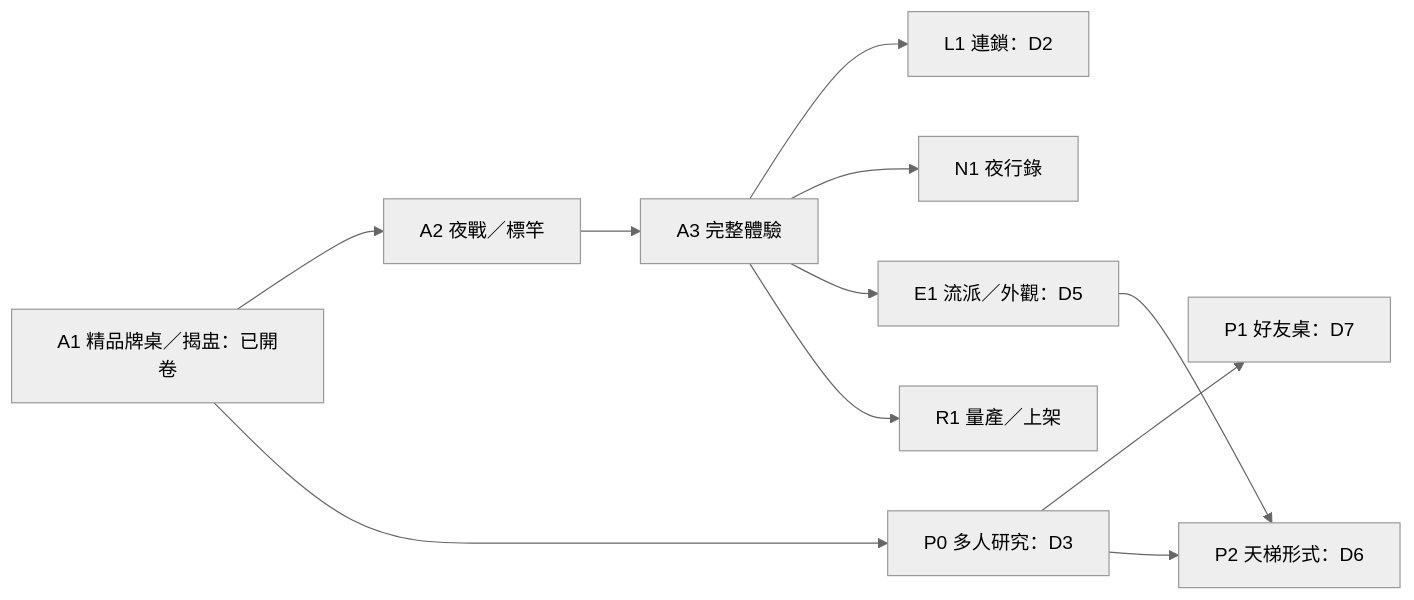
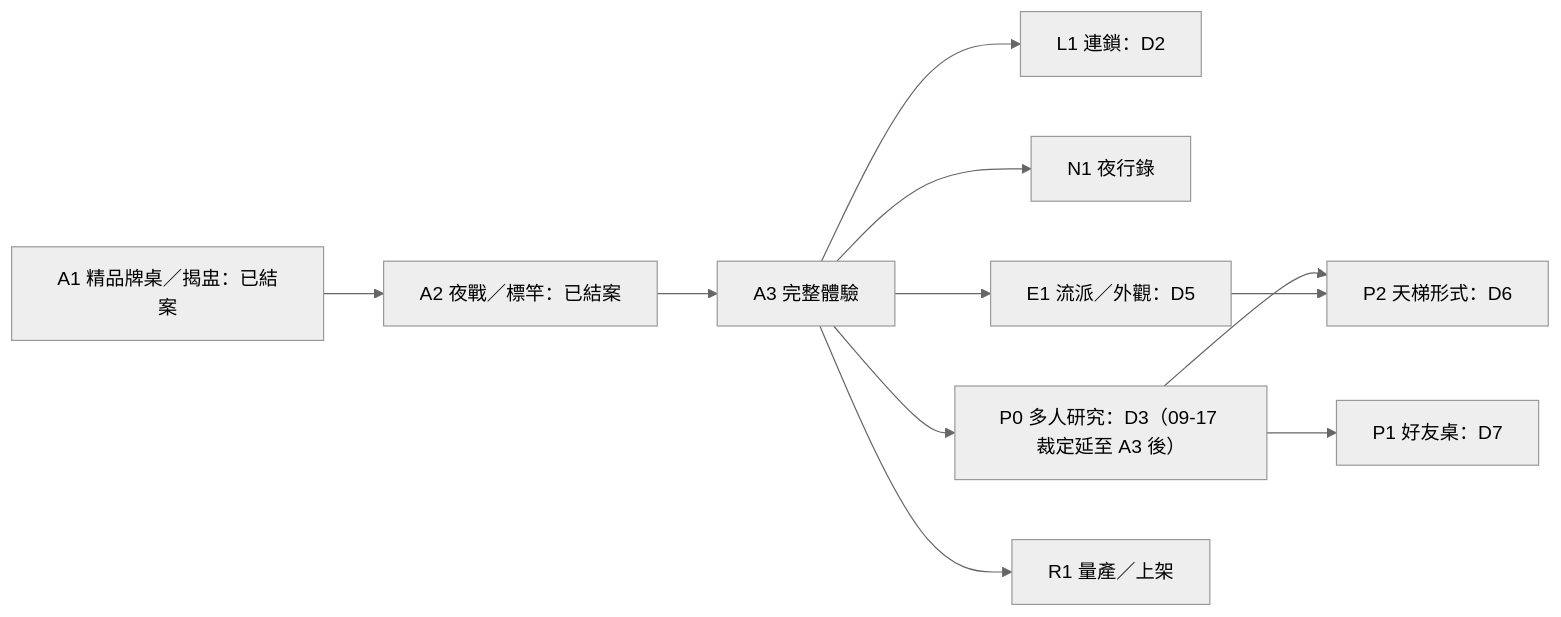
One commit to 9gf6p4448m-del/yaoshi changed the diagram in docs/MASTER_BLUEPRINT.md. Above: the diagram before and after it, drawn with Mermaid (neutral theme). The commit also changed other lines of this file and 7 other files, not shown here.

First line of the commit message:
docs: 藍圖整理——狀態與已裁決策同步（B01–B10），新增四軸現況表與整理結果

````diff
--- a/docs/MASTER_BLUEPRINT.md
+++ b/docs/MASTER_BLUEPRINT.md
@@ -233,13 +236,13 @@
 ```mermaid
 flowchart LR
-  A1["A1 精品牌桌／揭盅：已開卷"] --> A2["A2 夜戰／標竿"]
+  A1["A1 精品牌桌／揭盅：已結案"] --> A2["A2 夜戰／標竿：已結案"]
   A2 --> A3["A3 完整體驗"]
   A3 --> L1["L1 連鎖：D2"]
   A3 --> N1["N1 夜行錄"]
   A3 --> E1["E1 流派／外觀：D5"]
-  A1 --> P0["P0 多人研究：D3"]
+  A3 --> P0["P0 多人研究：D3（09-17 裁定延至 A3 後）"]
   P0 --> P1["P1 好友桌：D7"]
   P0 --> P2["P2 天梯形式：D6"]
   E1 --> P2
   A3 --> R1["R1 量產／上架"]
 ```
````
